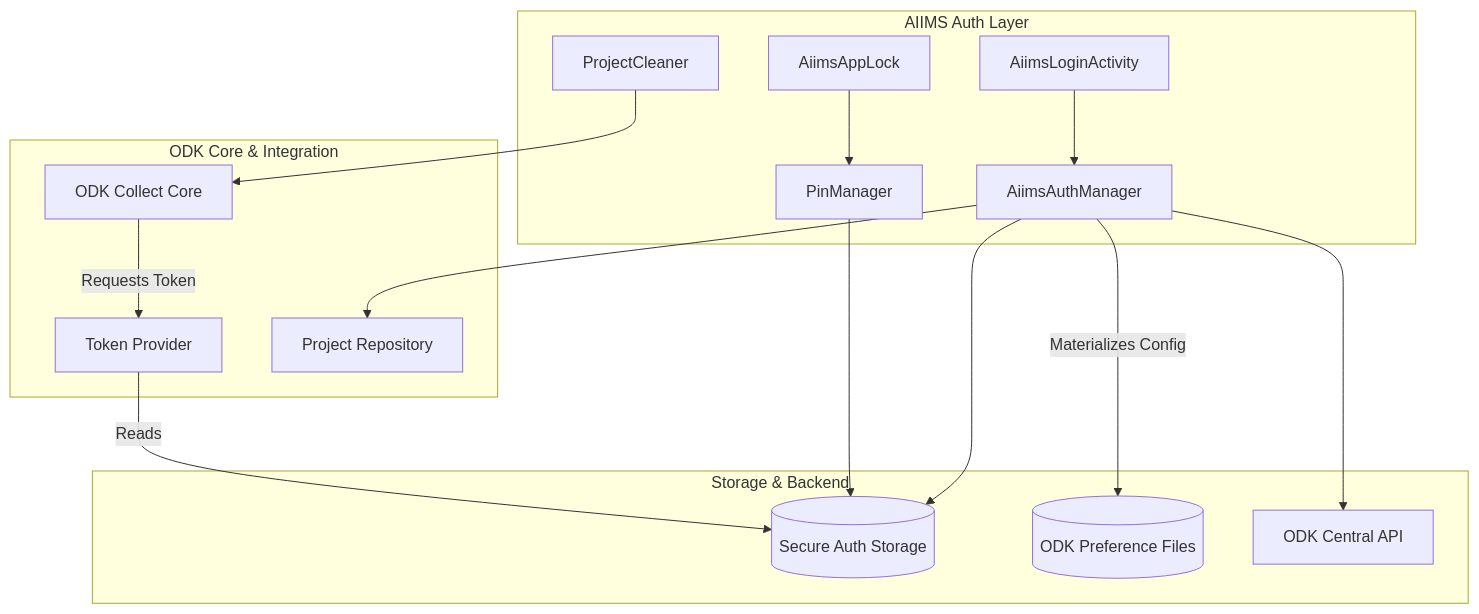
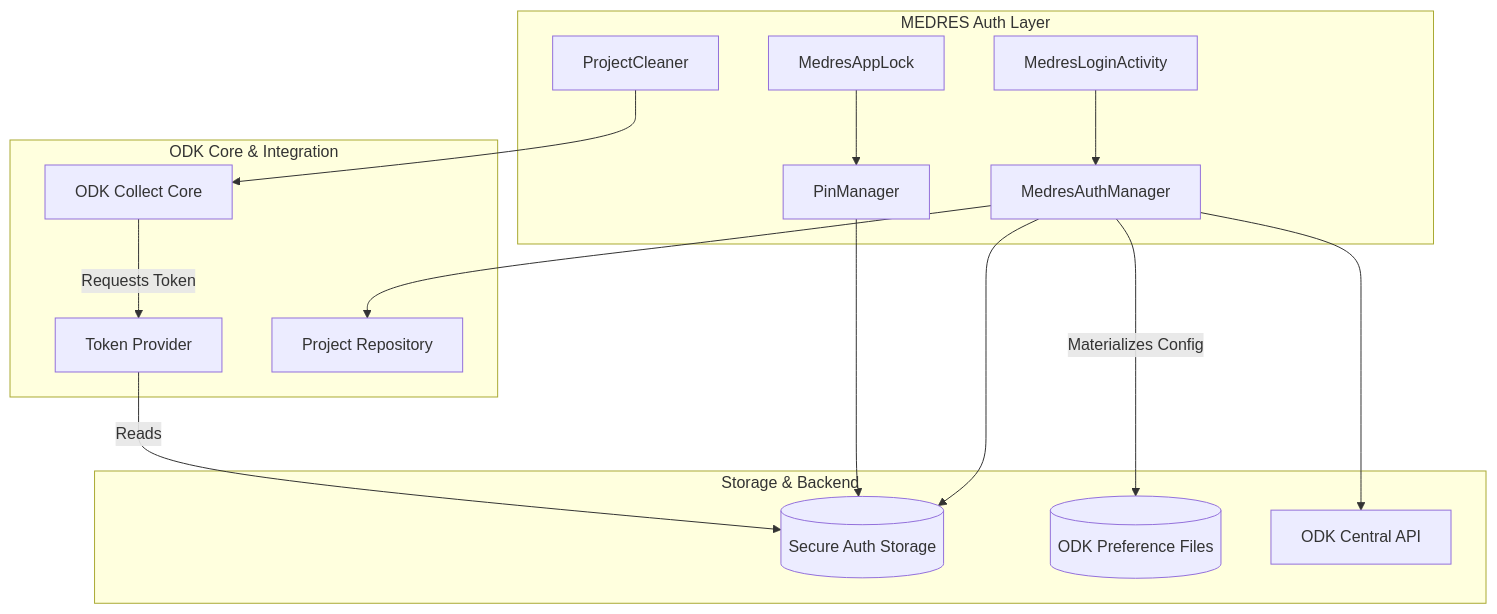
The third of 3 diagrams in README.md (drguptavivek/collect), drawn with Mermaid before and after one commit. The commit also changed other lines of this file and 357 other files, not shown here.

First line of the commit message:
Refactor: Rename AIIMS to MEDRES and update package to edu.aiims.medresodk

````diff
--- a/README.md
+++ b/README.md
@@ -113,37 +113,37 @@
 ```mermaid
 graph TB
-    subgraph "AIIMS Auth Layer"
-        AuthUI[AiimsLoginActivity]
-        AuthMgr[AiimsAuthManager]
-        AppLock[AiimsAppLock]
+    subgraph "MEDRES Auth Layer"
+        AuthUI[MedresLoginActivity]
+        AuthMgr[MedresAuthManager]
+        AppLock[MedresAppLock]
         PinMgr[PinManager]
         Cleaner[ProjectCleaner]
     end
 
     subgraph "ODK Core & Integration"
         TokenProvider[Token Provider]
         ODKCore[ODK Collect Core]
         Projects[Project Repository]
     end
 
     subgraph "Storage & Backend"
         SecureStorage[(Secure Auth Storage)]
         ODKStorage[(ODK Preference Files)]
         Central[ODK Central API]
     end
 
     AuthUI --> AuthMgr
     AuthMgr --> SecureStorage
     AuthMgr --> Projects
     AuthMgr --> Central
     
     AppLock --> PinMgr
     PinMgr --> SecureStorage
     
     Cleaner --> ODKCore
     
     ODKCore -- Requests Token --> TokenProvider
     TokenProvider -- Reads --> SecureStorage
     
     AuthMgr -- "Materializes Config" --> ODKStorage
 ```
````
